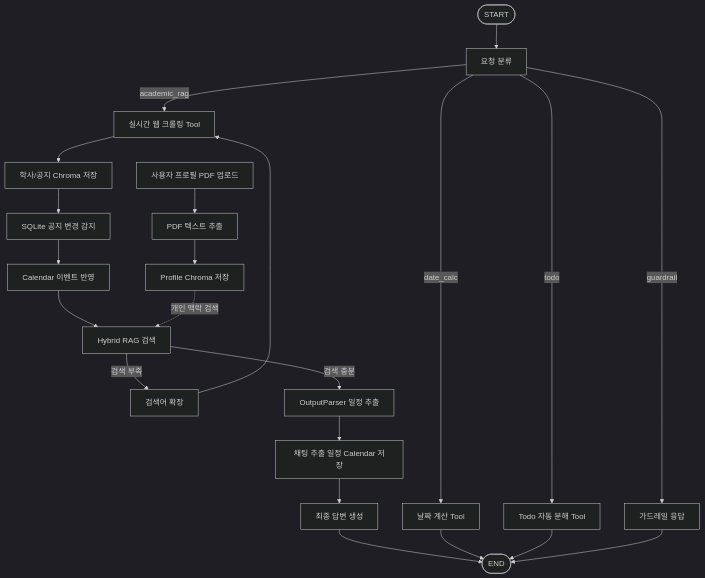
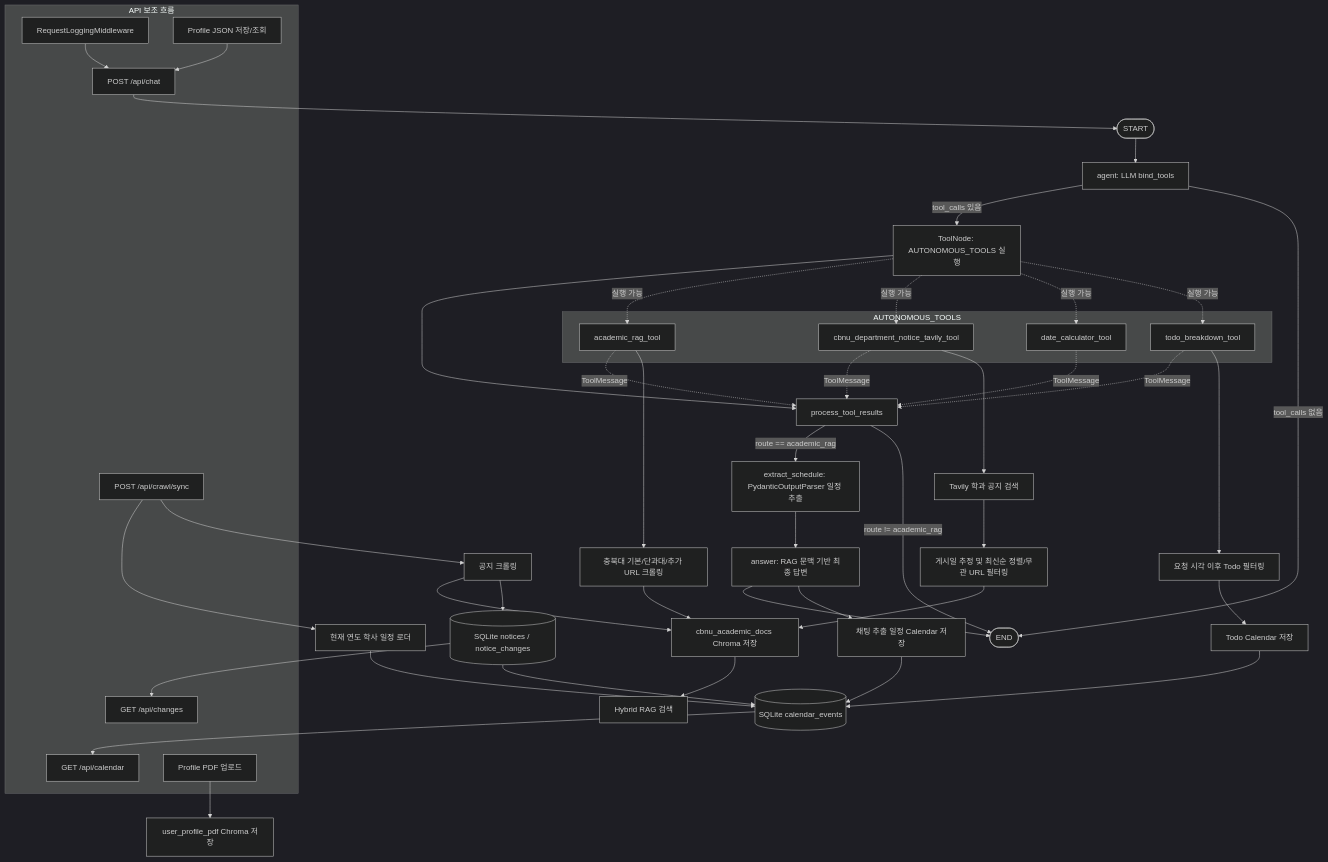
The diagram in cbnu_academic_agent/workflow.mmd (MinseokP02/CBNU_Academic_Agent_), drawn with Mermaid (dark theme) before and after one commit. The commit also changed 1 other file, not shown here.

```diff
--- a/cbnu_academic_agent/workflow.mmd
+++ b/cbnu_academic_agent/workflow.mmd
@@ -1,23 +1,71 @@
 flowchart TD
-    START([START]) --> classify_request[요청 분류]
-    classify_request -->|academic_rag| crawl_realtime_web[실시간 웹 크롤링 Tool]
-    classify_request -->|date_calc| date_calc[날짜 계산 Tool]
-    classify_request -->|todo| todo_breakdown[Todo 자동 분해 Tool]
-    classify_request -->|guardrail| guardrail[가드레일 응답]
-    crawl_realtime_web --> chroma_index[학사/공지 Chroma 저장]
-    chroma_index --> sqlite_change[SQLite 공지 변경 감지]
-    sqlite_change --> calendar_update[Calendar 이벤트 반영]
-    calendar_update --> rag_search[Hybrid RAG 검색]
-    rag_search -->|검색 부족| expand_query[검색어 확장]
-    expand_query --> crawl_realtime_web
-    rag_search -->|검색 충분| extract_schedule[OutputParser 일정 추출]
-    extract_schedule --> calendar_from_chat[채팅 추출 일정 Calendar 저장]
-    calendar_from_chat --> answer[최종 답변 생성]
-    answer --> END([END])
-    date_calc --> END
-    todo_breakdown --> END
-    guardrail --> END
+    START([START]) --> agent[agent: LLM bind_tools]
 
-    profile_upload[사용자 프로필 PDF 업로드] --> pdf_parse[PDF 텍스트 추출]
-    pdf_parse --> profile_chroma[Profile Chroma 저장]
-    profile_chroma -. 개인 맥락 검색 .-> rag_search
+    agent -->|tool_calls 있음| tools[ToolNode: AUTONOMOUS_TOOLS 실행]
+    agent -->|tool_calls 없음| END([END])
+
+    tools --> process[process_tool_results]
+
+    process -->|route == academic_rag| extract[extract_schedule: PydanticOutputParser 일정 추출]
+    process -->|route != academic_rag| END
+
+    extract --> answer[answer: RAG 문맥 기반 최종 답변]
+    answer --> END
+
+    subgraph autonomous_tools[AUTONOMOUS_TOOLS]
+        academic_rag[academic_rag_tool]
+        department_notice[cbnu_department_notice_tavily_tool]
+        date_calc[date_calculator_tool]
+        todo_breakdown[todo_breakdown_tool]
+    end
+
+    tools -. 실행 가능 .-> academic_rag
+    tools -. 실행 가능 .-> department_notice
+    tools -. 실행 가능 .-> date_calc
+    tools -. 실행 가능 .-> todo_breakdown
+
+    academic_rag -. ToolMessage .-> process
+    department_notice -. ToolMessage .-> process
+    date_calc -. ToolMessage .-> process
+    todo_breakdown -. ToolMessage .-> process
+
+    academic_rag --> crawl[충북대 기본/단과대/추가 URL 크롤링]
+    crawl --> chroma[cbnu_academic_docs Chroma 저장]
+    chroma --> rag_search[Hybrid RAG 검색]
+
+    department_notice --> tavily[Tavily 학과 공지 검색]
+    tavily --> filter_notice[게시일 추정 및 최신순 정렬/무관 URL 필터링]
+    filter_notice --> chroma
+
+    todo_breakdown --> todo_filter[요청 시각 이후 Todo 필터링]
+    todo_filter --> todo_calendar[Todo Calendar 저장]
+
+    answer --> schedule_calendar[채팅 추출 일정 Calendar 저장]
+
+    subgraph api_side_flows[API 보조 흐름]
+        middleware[RequestLoggingMiddleware]
+        chat[POST /api/chat]
+        profile[Profile JSON 저장/조회]
+        sync[POST /api/crawl/sync]
+        calendar_api[GET /api/calendar]
+        changes_api[GET /api/changes]
+        profile_pdf[Profile PDF 업로드]
+    end
+
+    middleware --> chat
+    profile --> chat
+    chat --> START
+
+    sync --> schedule_loader[현재 연도 학사 일정 로더]
+    sync --> notice_crawl[공지 크롤링]
+    schedule_loader --> calendar_db[(SQLite calendar_events)]
+    notice_crawl --> chroma
+    notice_crawl --> change_store[(SQLite notices / notice_changes)]
+    change_store --> calendar_db
+
+    schedule_calendar --> calendar_db
+    todo_calendar --> calendar_db
+    calendar_db --> calendar_api
+    change_store --> changes_api
+
+    profile_pdf --> profile_chroma[user_profile_pdf Chroma 저장]
```
